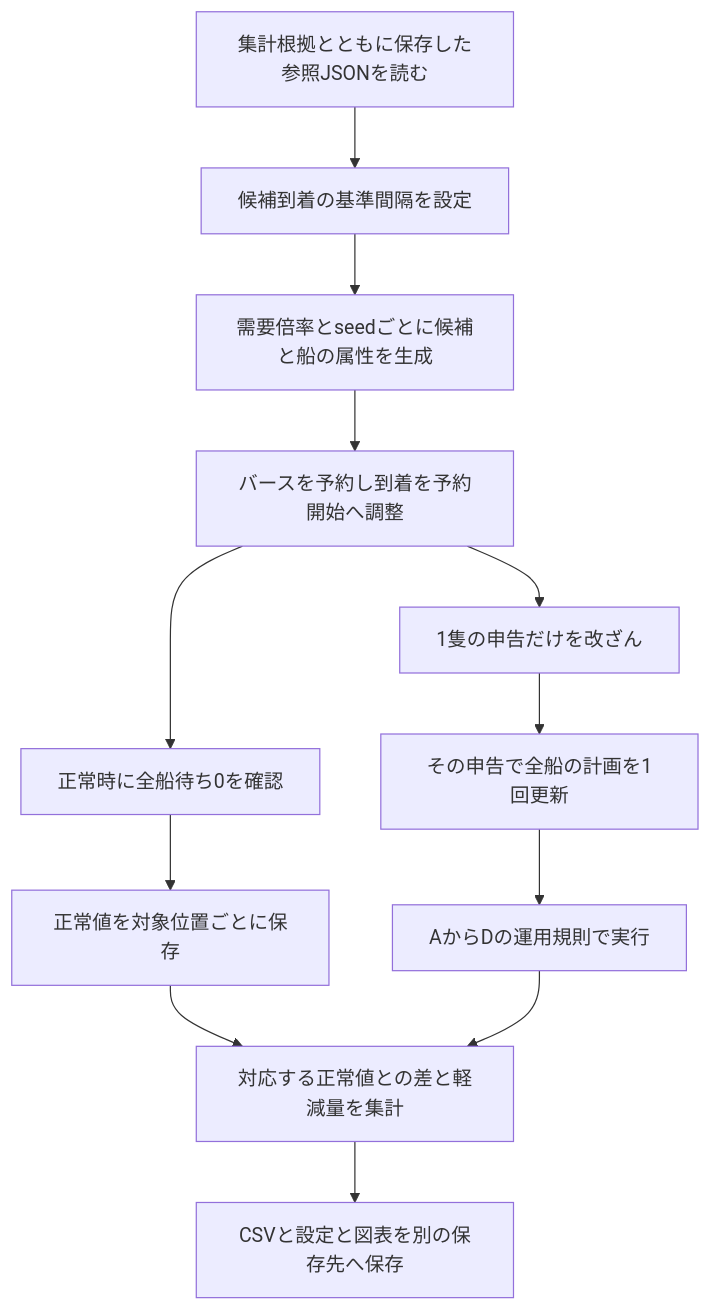
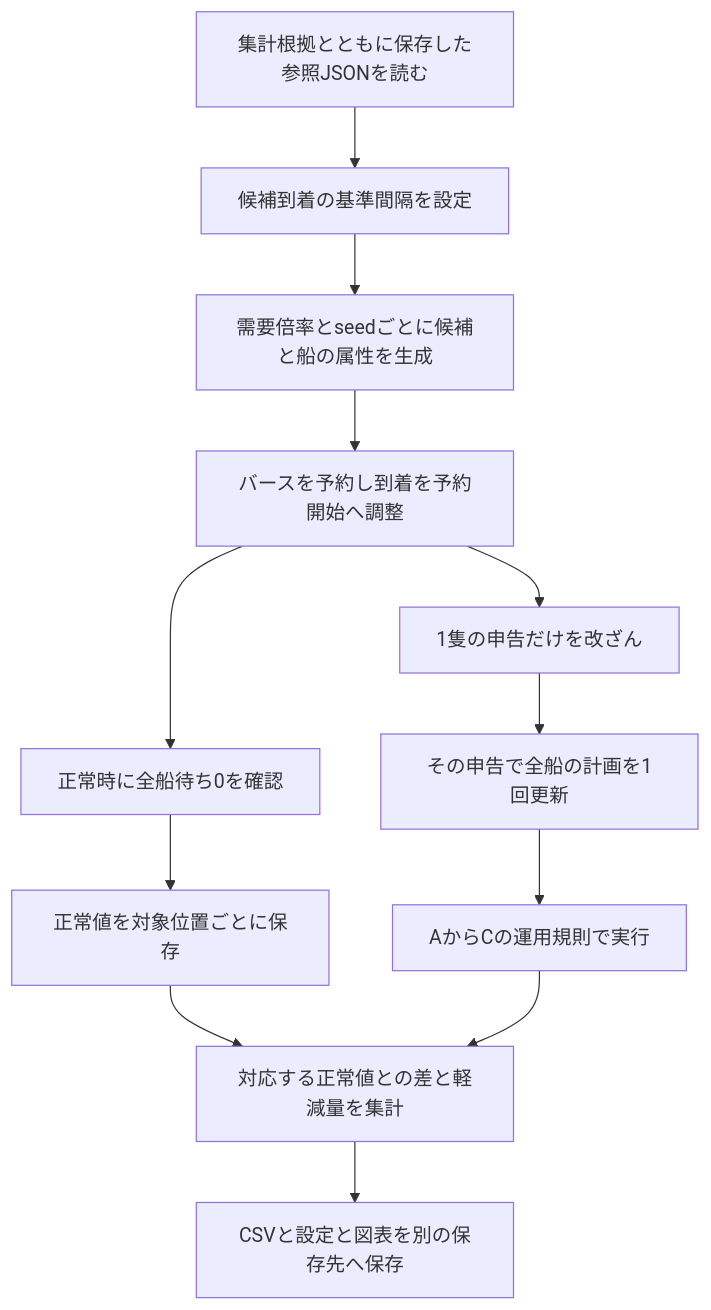
One commit to ryusukeke/thesis changed the diagram in docs/実装説明.md. Above: the diagram before and after it, drawn with Mermaid. The commit also changed other lines of this file and 24 other files, not shown here.

````diff
--- a/docs/実装説明.md
+++ b/docs/実装説明.md
@@ -7,14 +7,14 @@
 ```mermaid
 flowchart TD
     A[集計根拠とともに保存した参照JSONを読む] --> B[候補到着の基準間隔を設定]
     B --> C[需要倍率とseedごとに候補と船の属性を生成]
     C --> D[バースを予約し到着を予約開始へ調整]
     D --> E[正常時に全船待ち0を確認]
     D --> F[1隻の申告だけを改ざん]
     F --> G[その申告で全船の計画を1回更新]
     E --> H[正常値を対象位置ごとに保存]
-    G --> I[AからDの運用規則で実行]
+    G --> I[AからCの運用規則で実行]
     H --> J[対応する正常値との差と軽減量を集計]
     I --> J
     J --> K[CSVと設定と図表を別の保存先へ保存]
 ```
````
